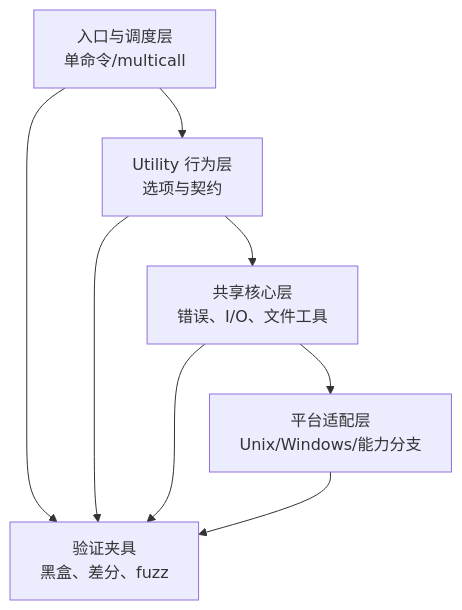
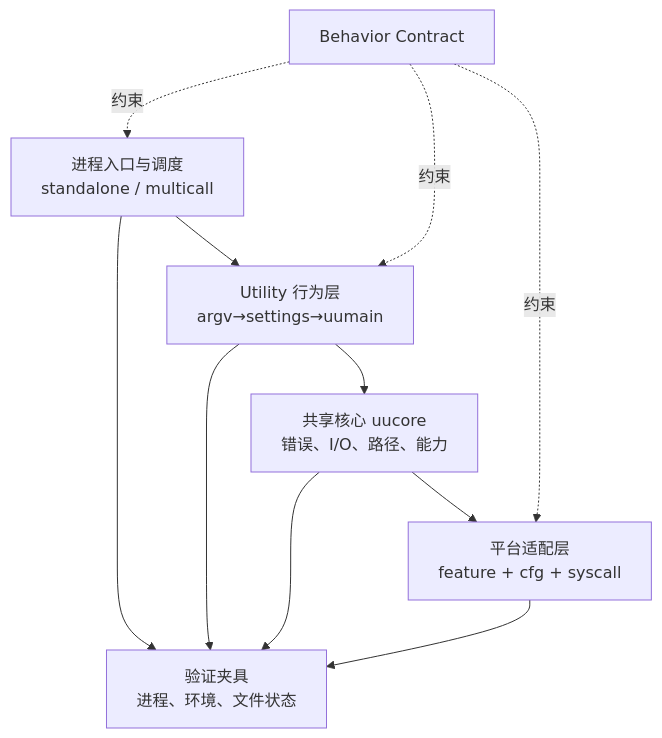
The first of 2 diagrams in book/src/part2/ch05-rust-skeleton.md (ZhangHanDong/coreutils), drawn with Mermaid before and after one commit. The commit also changed other lines of this file, not shown here.

````diff
--- a/book/src/part2/ch05-rust-skeleton.md
+++ b/book/src/part2/ch05-rust-skeleton.md
@@ -15,10 +17,13 @@
 ```mermaid
 flowchart TB
-    A["入口与调度层<br/>单命令/multicall"] --> B["Utility 行为层<br/>选项与契约"]
-    B --> C["共享核心层<br/>错误、I/O、文件工具"]
-    C --> D["平台适配层<br/>Unix/Windows/能力分支"]
-    A --> E["验证夹具<br/>黑盒、差分、fuzz"]
-    B --> E
-    C --> E
-    D --> E
+    I["进程入口与调度<br/>standalone / multicall"] --> U["Utility 行为层<br/>argv→settings→uumain"]
+    U --> C["共享核心 uucore<br/>错误、I/O、路径、能力"]
+    C --> P["平台适配层<br/>feature + cfg + syscall"]
+    I --> V["验证夹具<br/>进程、环境、文件状态"]
+    U --> V
+    C --> V
+    P --> V
+    K["Behavior Contract"] -. "约束" .-> I
+    K -. "约束" .-> U
+    K -. "约束" .-> P
 ```
````
